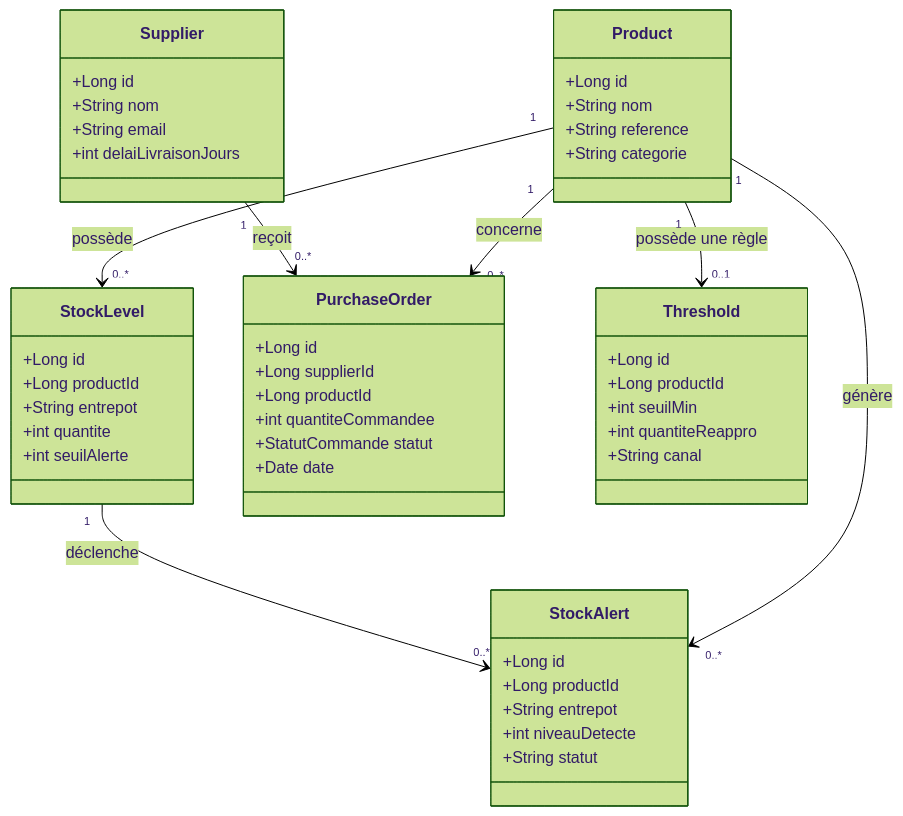
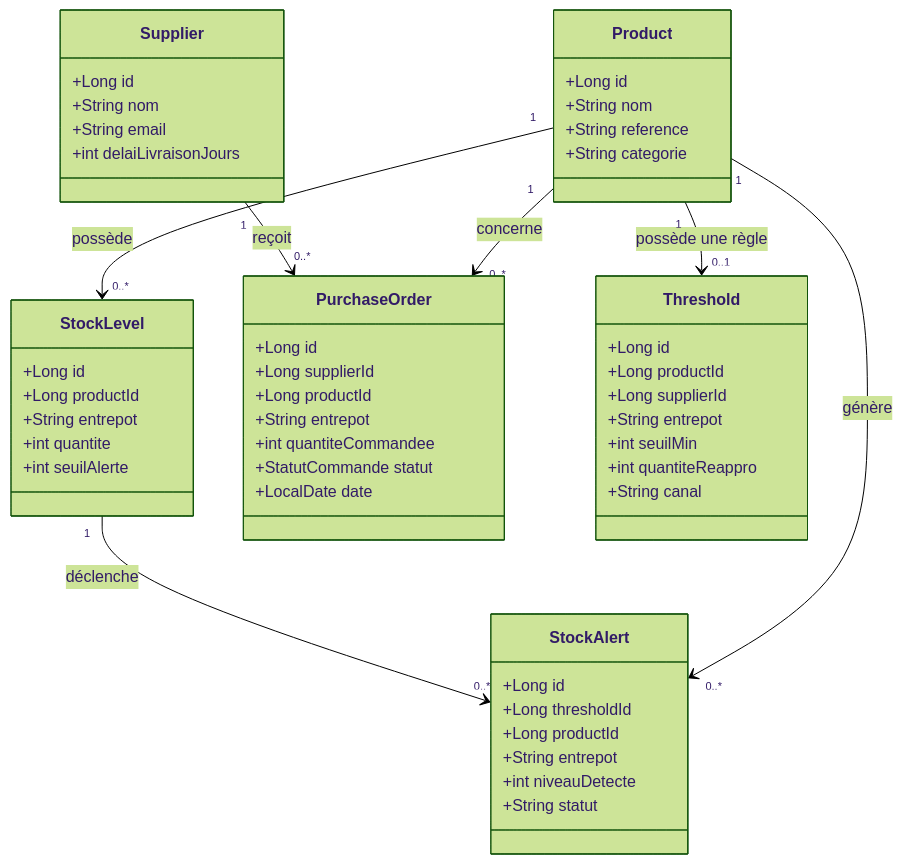
Before and after one commit to Ayajarmouni/projetstock_alert: the first of 2 diagrams in README.md, drawn with Mermaid (forest theme). The commit also changed other lines of this file and 82 other files, not shown here.

````diff
--- a/README.md
+++ b/README.md
@@ -62,58 +62,62 @@
 ```mermaid
 classDiagram
     direction TB
 
     class Product {
         +Long id
         +String nom
         +String reference
         +String categorie
     }
 
     class StockLevel {
         +Long id
         +Long productId
         +String entrepot
         +int quantite
         +int seuilAlerte
     }
 
     class Supplier {
         +Long id
         +String nom
         +String email
         +int delaiLivraisonJours
     }
 
     class PurchaseOrder {
         +Long id
         +Long supplierId
         +Long productId
+        +String entrepot
         +int quantiteCommandee
         +StatutCommande statut
-        +Date date
+        +LocalDate date
     }
 
     class Threshold {
         +Long id
         +Long productId
+        +Long supplierId
+        +String entrepot
         +int seuilMin
         +int quantiteReappro
         +String canal
     }
 
     class StockAlert {
         +Long id
+        +Long thresholdId
         +Long productId
         +String entrepot
         +int niveauDetecte
         +String statut
     }
 
     Product "1" --> "0..*" StockLevel : possède
     Product "1" --> "0..*" PurchaseOrder : concerne
     Supplier "1" --> "0..*" PurchaseOrder : reçoit
     Product "1" --> "0..1" Threshold : possède une règle
     Product "1" --> "0..*" StockAlert : génère
     StockLevel "1" --> "0..*" StockAlert : déclenche
 ```
````
